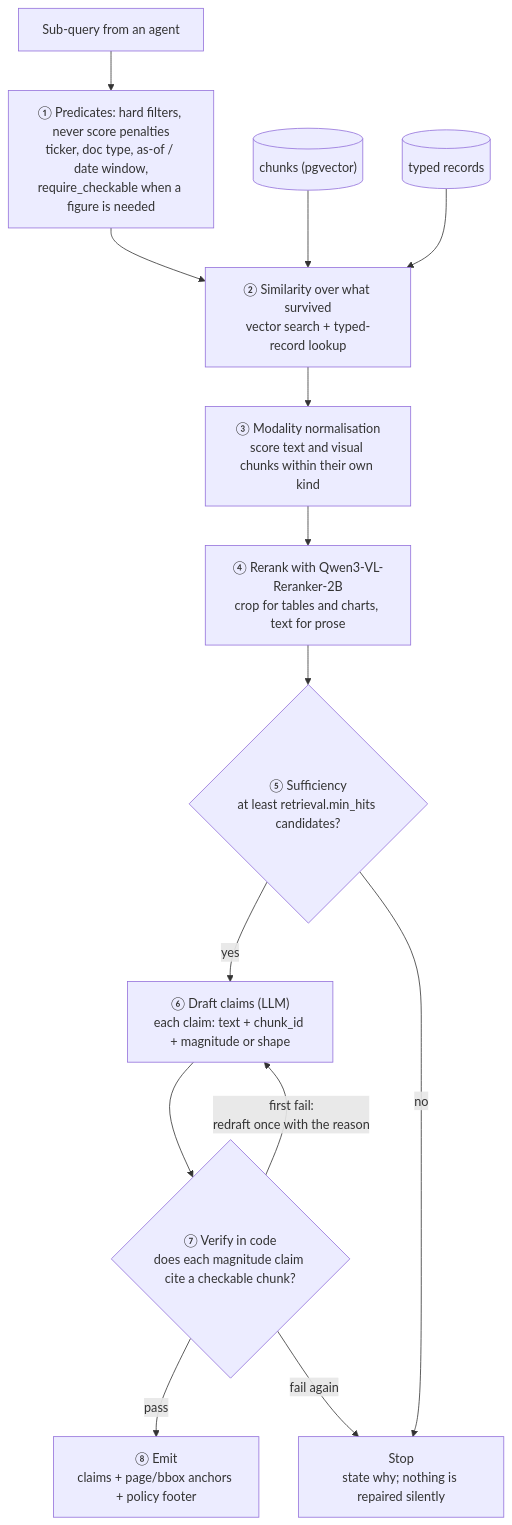
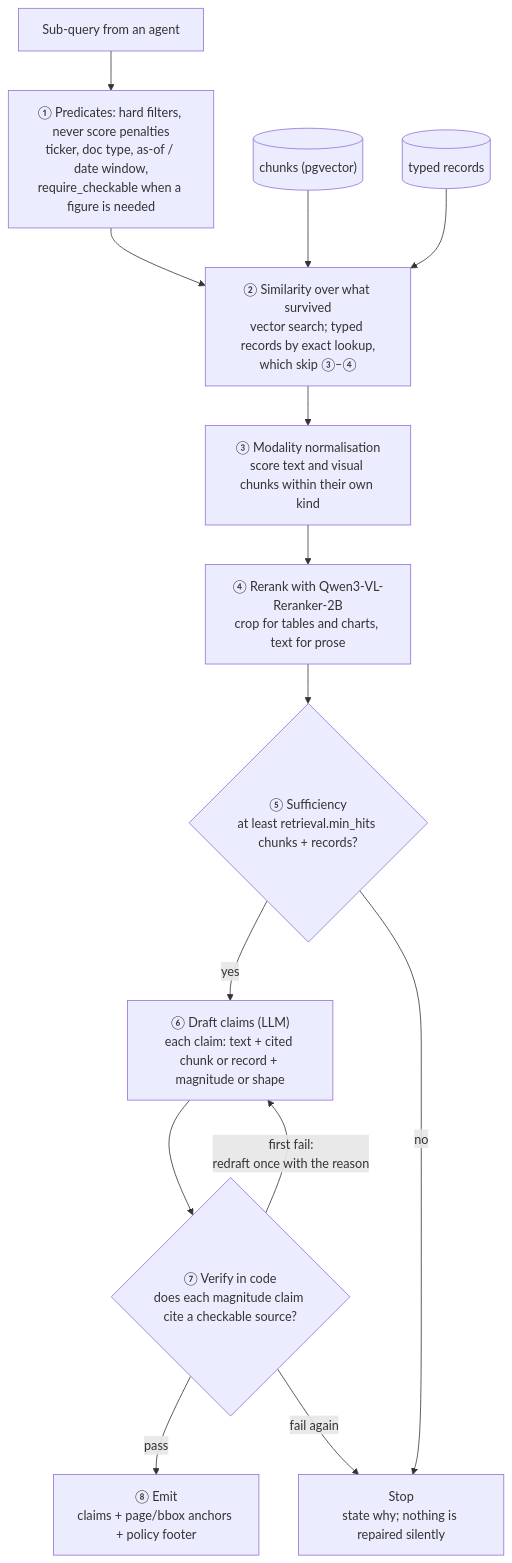
One commit to chazyman/financial-agent-capstone changed the second of 3 diagrams in PROPOSAL.md. Above: the diagram before and after it, drawn with Mermaid. The commit also changed other lines of this file and 2 other files, not shown here.

````diff
--- a/PROPOSAL.md
+++ b/PROPOSAL.md
@@ -191,25 +201,25 @@
 ```mermaid
 flowchart TB
     Q["Sub-query from an agent"]
     P["① Predicates: hard filters, never score penalties<br/>ticker, doc type, as-of / date window,<br/>require_checkable when a figure is needed"]
-    SIM["② Similarity over what survived<br/>vector search + typed-record lookup"]
+    SIM["② Similarity over what survived<br/>vector search; typed records by exact lookup,<br/>which skip ③–④"]
     NORM["③ Modality normalisation<br/>score text and visual chunks within their own kind"]
     RR["④ Rerank with Qwen3-VL-Reranker-2B<br/>crop for tables and charts, text for prose"]
-    SUF{"⑤ Sufficiency<br/>at least retrieval.min_hits candidates?"}
-    DRAFT["⑥ Draft claims (LLM)<br/>each claim: text + chunk_id + magnitude or shape"]
-    VERIFY{"⑦ Verify in code<br/>does each magnitude claim cite a checkable chunk?"}
+    SUF{"⑤ Sufficiency<br/>at least retrieval.min_hits chunks + records?"}
+    DRAFT["⑥ Draft claims (LLM)<br/>each claim: text + cited chunk or record + magnitude or shape"]
+    VERIFY{"⑦ Verify in code<br/>does each magnitude claim cite a checkable source?"}
     EMIT["⑧ Emit<br/>claims + page/bbox anchors + policy footer"]
     STOP["Stop<br/>state why; nothing is repaired silently"]
 
     C2[("chunks (pgvector)")]
     C1[("typed records")]
 
     Q --> P --> SIM --> NORM --> RR --> SUF
     C2 --> SIM
     C1 --> SIM
     SUF -->|yes| DRAFT --> VERIFY
     SUF -->|no| STOP
     VERIFY -->|pass| EMIT
     VERIFY -->|"first fail:<br/>redraft once with the reason"| DRAFT
     VERIFY -->|fail again| STOP
 ```
````
